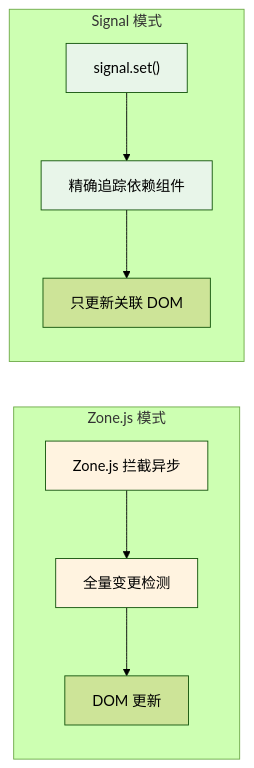
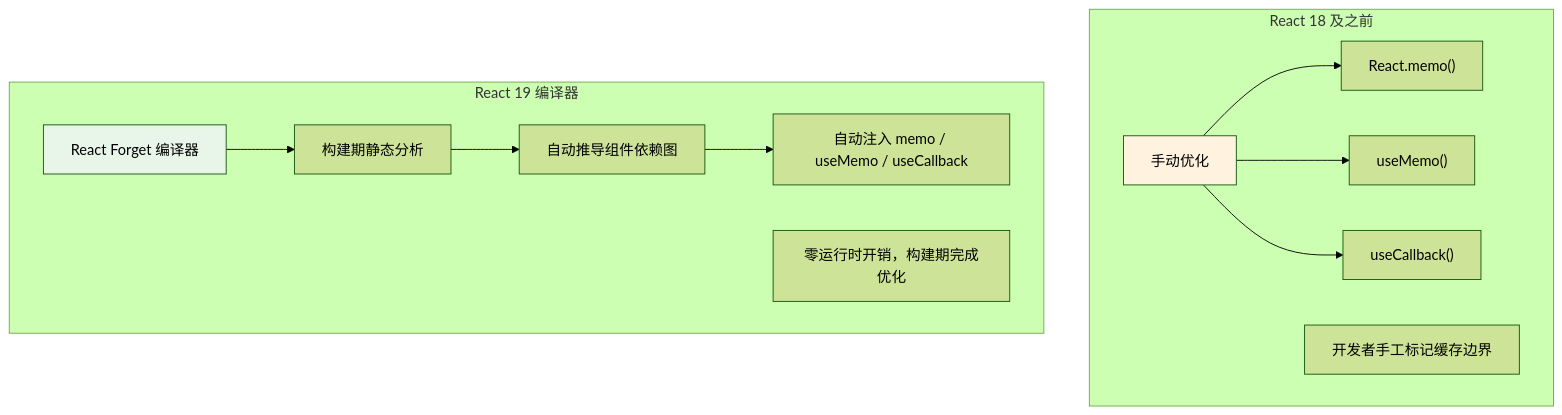
Diagram 28 of 55 in S4-面试冲刺/02-简历问题.md (KMaybe01/common), drawn with Mermaid (forest theme) before and after one commit. The commit also changed other lines of this file and 15 other files, not shown here.

````diff
--- a/S4-面试冲刺/02-简历问题.md
+++ b/S4-面试冲刺/02-简历问题.md
@@ -3967,17 +3855,19 @@
 ```mermaid
-flowchart LR
-  subgraph "Zone.js 模式"
-    Z["Zone.js 拦截异步"] --> CD["全量变更检测"]
-    CD --> DOM["DOM 更新"]
+flowchart TD
+  subgraph "React 18 及之前"
+    M["手动优化"] --> MM["React.memo()"]
+    M --> UC["useMemo()"]
+    M --> UC2["useCallback()"]
+    Note["开发者手工标记缓存边界"]
   end
 
-  subgraph "Signal 模式"
-    S["signal.set()"] --> C["精确追踪依赖组件"]
-    C --> DOM2["只更新关联 DOM"]
+  subgraph "React 19 编译器"
+    C["React Forget 编译器"] --> A1["构建期静态分析"]
+    A1 --> A2["自动推导组件依赖图"]
+    A2 --> A3["自动注入 memo / useMemo / useCallback"]
+    Note2["零运行时开销，构建期完成优化"]
   end
 
-  style Z fill:#fff3e0
-  style CD fill:#fff3e0
-  style S fill:#e8f5e9
+  style M fill:#fff3e0
   style C fill:#e8f5e9
 ```
````
